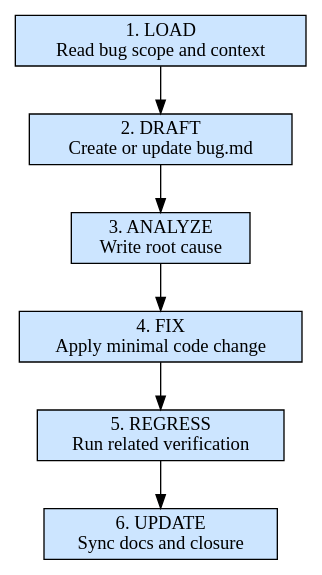
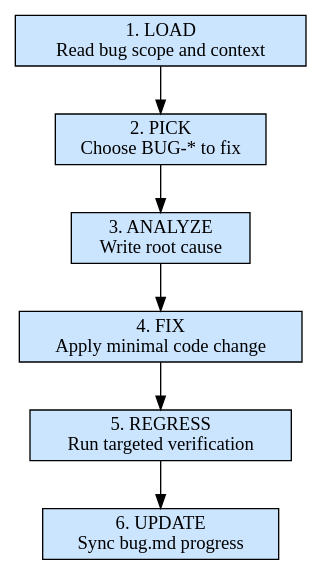
One commit to Gil2015/my-agents changed the diagram in packages/dev-frontend/skills/step5-bug-fix/SKILL.md. Above: the diagram before and after it, drawn with Graphviz. The commit also changed other lines of this file and 9 other files, not shown here.

````diff
--- a/packages/dev-frontend/skills/step5-bug-fix/SKILL.md
+++ b/packages/dev-frontend/skills/step5-bug-fix/SKILL.md
@@ -53,15 +53,15 @@
 ```dot
 digraph process {
   rankdir=TB
   node [shape=box, style=filled, fillcolor="#cce5ff"]
 
   load [label="1. LOAD\nRead bug scope and context"]
-  draft [label="2. DRAFT\nCreate or update bug.md"]
+  pick [label="2. PICK\nChoose BUG-* to fix"]
   analyze [label="3. ANALYZE\nWrite root cause"]
   fix [label="4. FIX\nApply minimal code change"]
-  regress [label="5. REGRESS\nRun related verification"]
-  update [label="6. UPDATE\nSync docs and closure"]
+  regress [label="5. REGRESS\nRun targeted verification"]
+  update [label="6. UPDATE\nSync bug.md progress"]
 
-  load -> draft -> analyze -> fix -> regress -> update
+  load -> pick -> analyze -> fix -> regress -> update
 }
 ```
````
